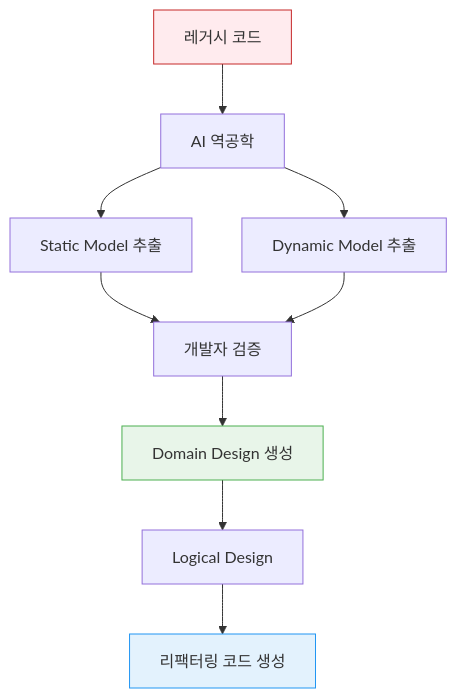
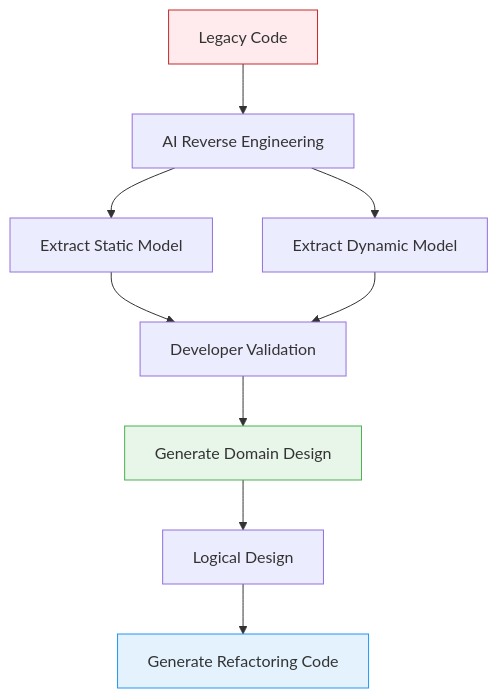
The third of 3 diagrams in docs/aidlc/methodology/ddd-integration.md (devfloor9/engineering-playbook), drawn with Mermaid before and after one commit. The commit also changed other lines of this file and 954 other files, not shown here.

````diff
--- a/docs/aidlc/methodology/ddd-integration.md
+++ b/docs/aidlc/methodology/ddd-integration.md
@@ -512,15 +515,15 @@
 ```mermaid
 graph TD
-    A[레거시 코드] --> B[AI 역공학]
-    B --> C[Static Model 추출]
-    B --> D[Dynamic Model 추출]
-    C --> E[개발자 검증]
+    A[Legacy Code] --> B[AI Reverse Engineering]
+    B --> C[Extract Static Model]
+    B --> D[Extract Dynamic Model]
+    C --> E[Developer Validation]
     D --> E
-    E --> F[Domain Design 생성]
+    E --> F[Generate Domain Design]
     F --> G[Logical Design]
-    G --> H[리팩터링 코드 생성]
+    G --> H[Generate Refactoring Code]
 
     style A fill:#ffebee,stroke:#c62828
     style F fill:#e8f5e9,stroke:#4caf50
     style H fill:#e3f2fd,stroke:#2196f3
 ```
````
